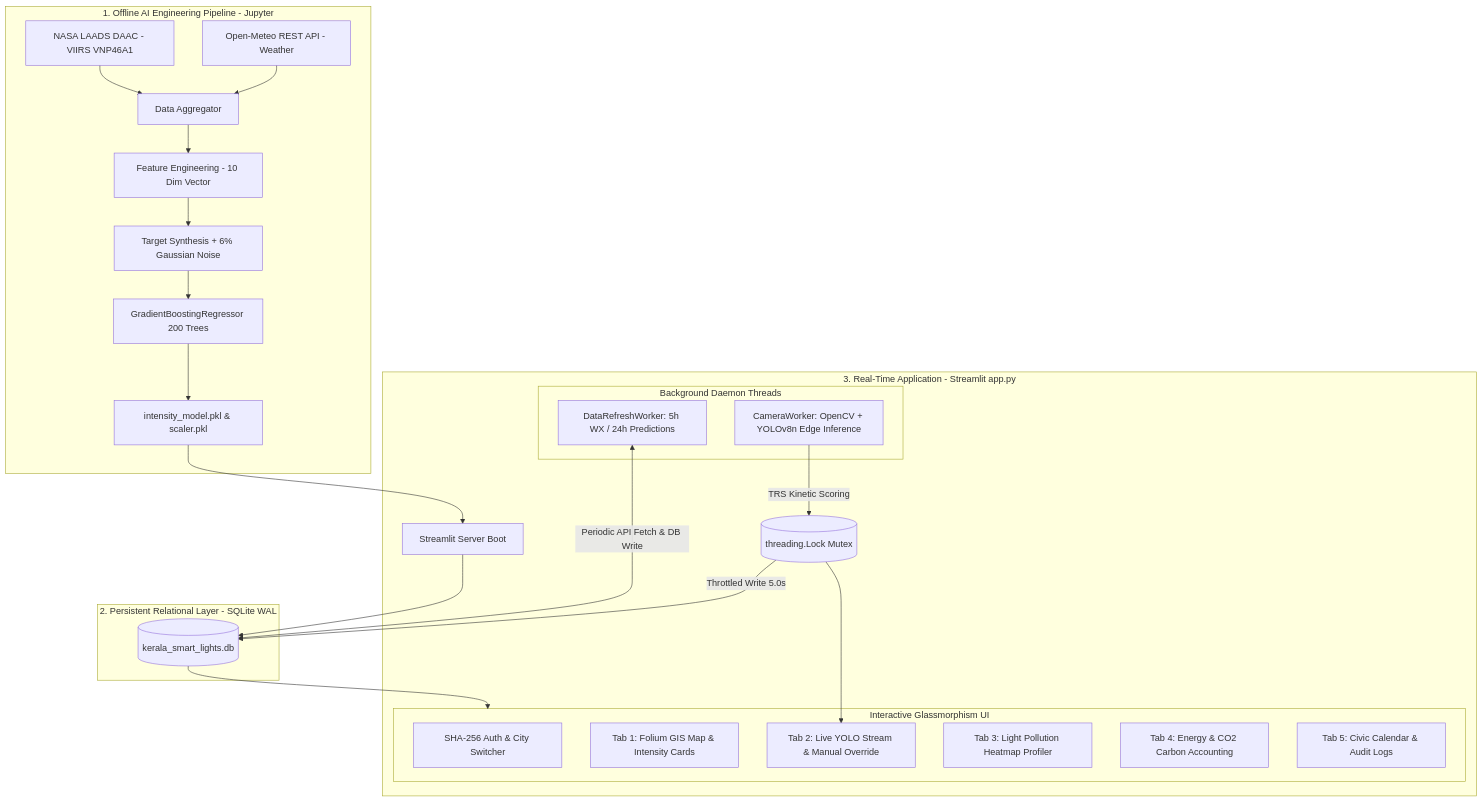
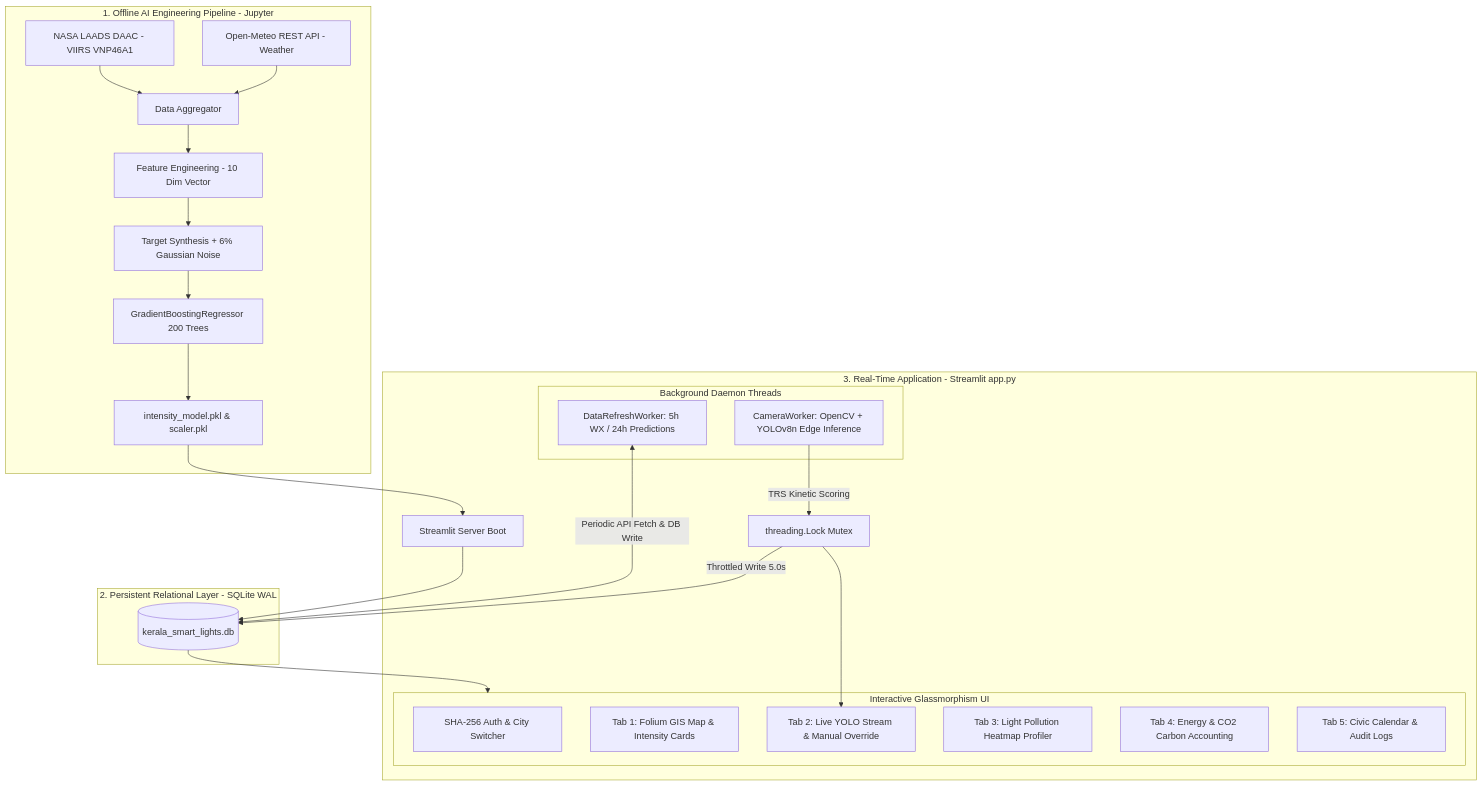
Before and after one commit to navvv29/LumiCity: the diagram in DOCUMENTATION.md, drawn with Mermaid. The commit also changed other lines of this file and 1 other file, not shown here.

Commit message:
Fix Mermaid system architecture diagram syntax for GitHub renderer compatibility

````diff
--- a/DOCUMENTATION.md
+++ b/DOCUMENTATION.md
@@ -51,41 +51,41 @@
 ```mermaid
 flowchart TD
-    subgraph Offline_Pipeline [1. Offline AI Engineering Pipeline - Jupyter]
-        NASA[NASA LAADS DAAC - VIIRS VNP46A1] --> Agg[Data Aggregator]
-        Meteo[Open-Meteo REST API - Weather] --> Agg
-        Agg --> FE[Feature Engineering - 10 Dim Vector]
-        FE --> Target[Target Synthesis + 6% Gaussian Noise]
-        Target --> GBR[GradientBoostingRegressor 200 Trees]
-        GBR --> ModelExport[intensity_model.pkl & scaler.pkl]
+    subgraph Offline_Pipeline ["1. Offline AI Engineering Pipeline - Jupyter"]
+        NASA["NASA LAADS DAAC - VIIRS VNP46A1"] --> Agg["Data Aggregator"]
+        Meteo["Open-Meteo REST API - Weather"] --> Agg
+        Agg --> FE["Feature Engineering - 10 Dim Vector"]
+        FE --> Target["Target Synthesis + 6% Gaussian Noise"]
+        Target --> GBR["GradientBoostingRegressor 200 Trees"]
+        GBR --> ModelExport["intensity_model.pkl & scaler.pkl"]
     end
 
-    subgraph Storage [2. Persistent Relational Layer - SQLite WAL]
-        DB[(kerala_smart_lights.db)]
+    subgraph Storage ["2. Persistent Relational Layer - SQLite WAL"]
+        DB[("kerala_smart_lights.db")]
     end
 
-    subgraph Runtime_Application [3. Real-Time Application - Streamlit app.py]
-        ModelExport --> Loader[Streamlit Server Boot]
+    subgraph Runtime_Application ["3. Real-Time Application - Streamlit app.py"]
+        ModelExport --> Loader["Streamlit Server Boot"]
         Loader --> DB
         
-        subgraph Workers [Background Daemon Threads]
-            DRW[DataRefreshWorker: 5h WX / 24h Predictions]
-            CW[CameraWorker: OpenCV + YOLOv8n Edge Inference]
+        subgraph Workers ["Background Daemon Threads"]
+            DRW["DataRefreshWorker: 5h WX / 24h Predictions"]
+            CW["CameraWorker: OpenCV + YOLOv8n Edge Inference"]
         end
         
         DRW <-->|Periodic API Fetch & DB Write| DB
-        CW -->|TRS Kinetic Scoring| RAM_Lock[(threading.Lock Mutex)]
+        CW -->|TRS Kinetic Scoring| RAM_Lock["threading.Lock Mutex"]
         RAM_Lock -->|Throttled Write 5.0s| DB
         
-        subgraph Frontend [Interactive Glassmorphism UI]
-            Auth[SHA-256 Auth & City Switcher]
-            Map[Tab 1: Folium GIS Map & Intensity Cards]
-            Cam[Tab 2: Live YOLO Stream & Manual Override]
-            Img[Tab 3: Light Pollution Heatmap Profiler]
-            Analytics[Tab 4: Energy & CO2 Carbon Accounting]
-            Logs[Tab 5: Civic Calendar & Audit Logs]
+        subgraph Frontend ["Interactive Glassmorphism UI"]
+            Auth["SHA-256 Auth & City Switcher"]
+            Map["Tab 1: Folium GIS Map & Intensity Cards"]
+            Cam["Tab 2: Live YOLO Stream & Manual Override"]
+            Img["Tab 3: Light Pollution Heatmap Profiler"]
+            Analytics["Tab 4: Energy & CO2 Carbon Accounting"]
+            Logs["Tab 5: Civic Calendar & Audit Logs"]
         end
         
         DB --> Frontend
         RAM_Lock --> Cam
     end
 ```
````
